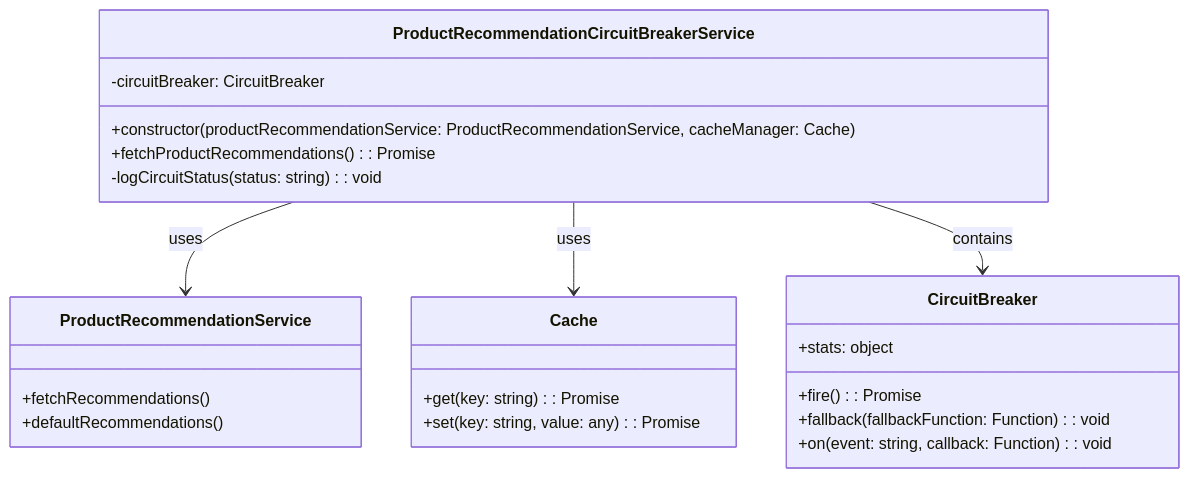
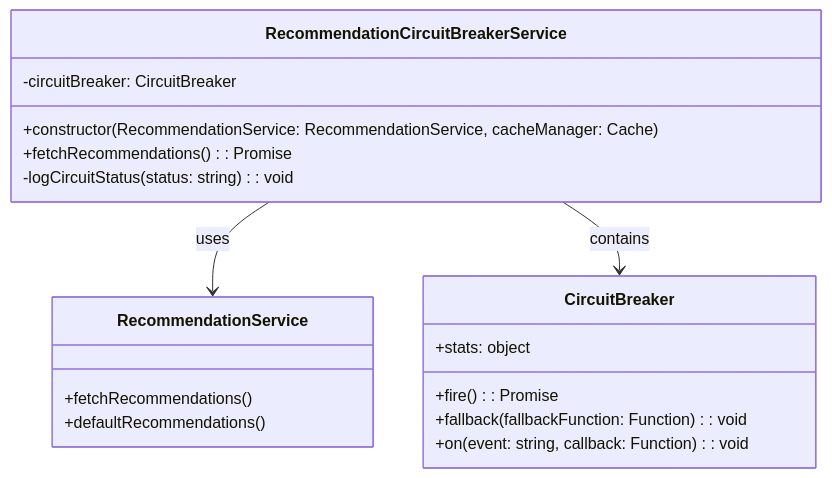
The diagram in readme.md (HuyCuongBuiCong/circuit-breaker-nestjs-k8s-envoy), drawn with Mermaid before and after one commit.

Commit message:
update readme
update mermaid

````diff
--- a/readme.md
+++ b/readme.md
@@ -35,30 +35,26 @@
 ```mermaid
 classDiagram
-    class ProductRecommendationService {
+    class RecommendationService {
         +fetchRecommendations()
         +defaultRecommendations()
     }
 
-    class Cache {
-        +get(key: string): Promise<any>
-        +set(key: string, value: any): Promise<void>
-    }
-
-    class ProductRecommendationCircuitBreakerService {
+ 
+    class RecommendationCircuitBreakerService {
         -circuitBreaker: CircuitBreaker
-        +constructor(productRecommendationService: ProductRecommendationService, cacheManager: Cache)
-        +fetchProductRecommendations(): Promise<any>
+        +constructor(RecommendationService: RecommendationService, cacheManager: Cache)
+        +fetchRecommendations(): Promise<any>
         -logCircuitStatus(status: string): void
     }
 
     class CircuitBreaker {
         +fire(): Promise<any>
         +fallback(fallbackFunction: Function): void
         +on(event: string, callback: Function): void
         +stats: object
     }
 
-    ProductRecommendationCircuitBreakerService --> ProductRecommendationService: uses
-    ProductRecommendationCircuitBreakerService --> Cache: uses
-    ProductRecommendationCircuitBreakerService --> CircuitBreaker: contains
+    RecommendationCircuitBreakerService --> RecommendationService: uses
+ 
+    RecommendationCircuitBreakerService --> CircuitBreaker: contains
 ```
````
